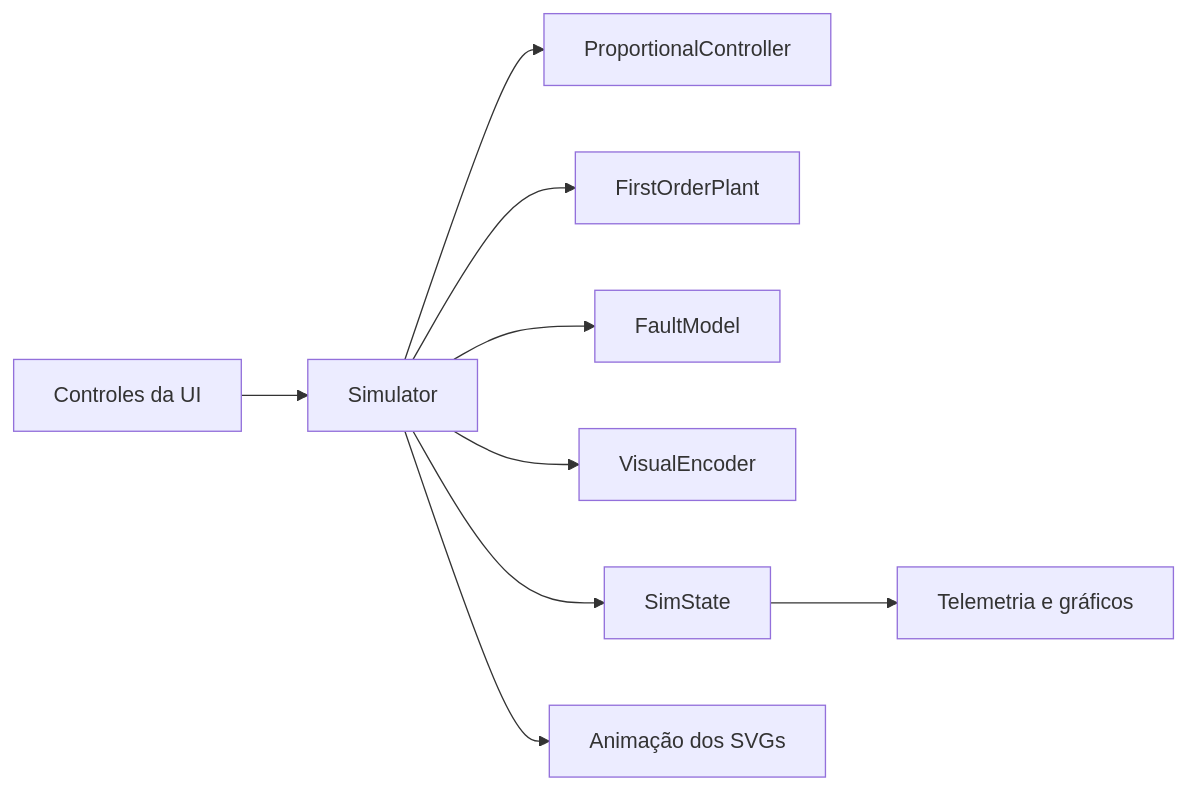
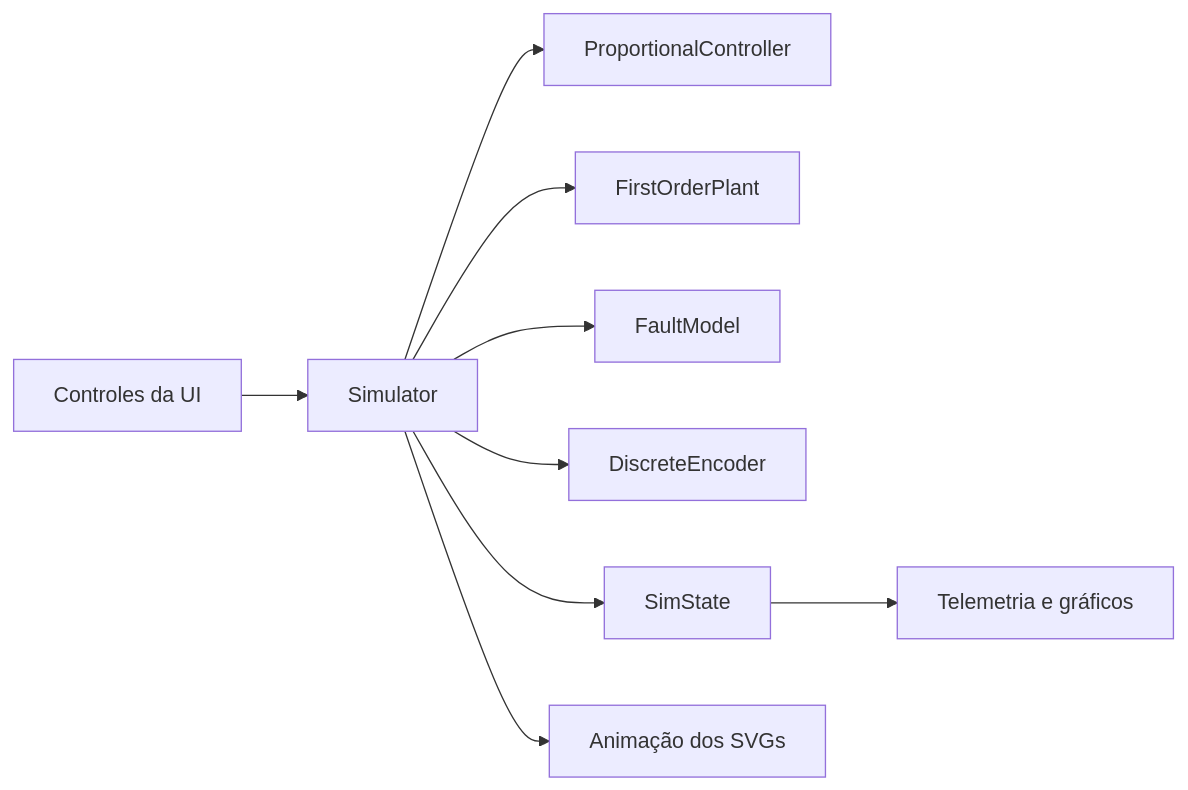
The first of 4 diagrams in docs/architecture.md (gut0leao/tapepilot-sim), drawn with Mermaid before and after one commit. The commit also changed other lines of this file and 14 other files, not shown here.

Commit message:
Model discrete encoder and signal faults

````diff
--- a/docs/architecture.md
+++ b/docs/architecture.md
@@ -8,11 +8,11 @@
 ```mermaid
 flowchart LR
     Controls[Controles da UI] --> Simulator
     Simulator --> Controller[ProportionalController]
     Simulator --> Plant[FirstOrderPlant]
     Simulator --> Faults[FaultModel]
-    Simulator --> Encoder[VisualEncoder]
+    Simulator --> Encoder[DiscreteEncoder]
     Simulator --> SimState
     SimState --> Telemetry[Telemetria e gráficos]
     Simulator --> Animation[Animação dos SVGs]
 ```
````
